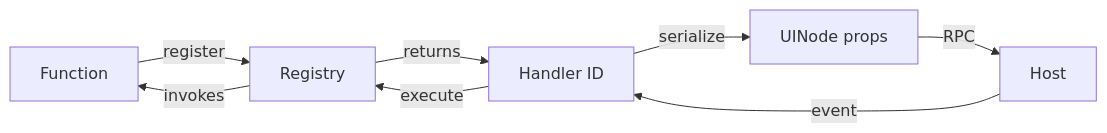
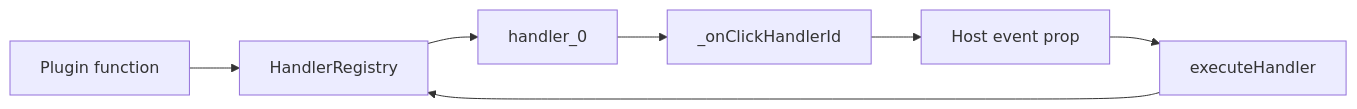
Before and after one commit to HuakunShen/uniview: the second of 2 diagrams in .repowiki/en/content/Architecture/RPC Protocol.md, drawn with Mermaid. The commit also changed other lines of this file and 31 other files, not shown here.

````diff
--- a/.repowiki/en/content/Architecture/RPC Protocol.md
+++ b/.repowiki/en/content/Architecture/RPC Protocol.md
@@ -206,10 +105,9 @@
 ```mermaid
 graph LR
-    F[Function] -->|register| R[Registry]
-    R -->|returns| ID[Handler ID]
-    ID -->|serialize| P[UINode props]
-    P -->|RPC| H[Host]
-    H -->|event| ID
-    ID -->|execute| R
-    R -->|invokes| F
+    Function[Plugin function] --> Registry[HandlerRegistry]
+    Registry --> HandlerId[handler_0]
+    HandlerId --> Props[_onClickHandlerId]
+    Props --> Host[Host event prop]
+    Host --> Execute[executeHandler]
+    Execute --> Registry
 ```
````
